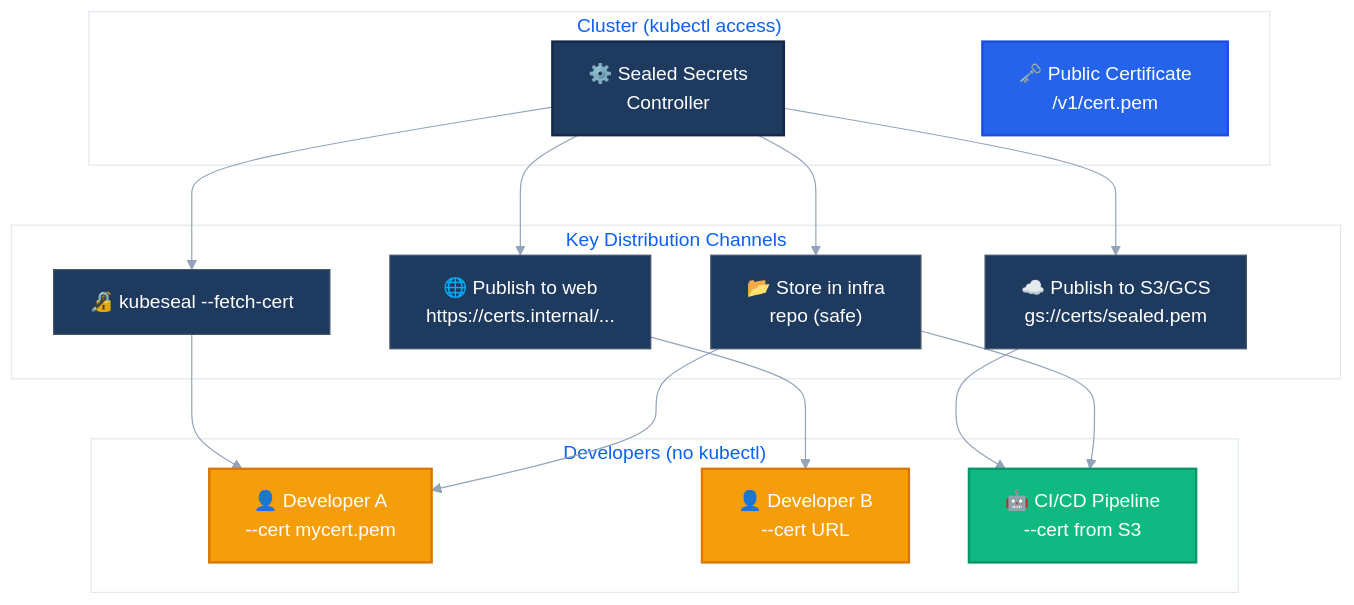
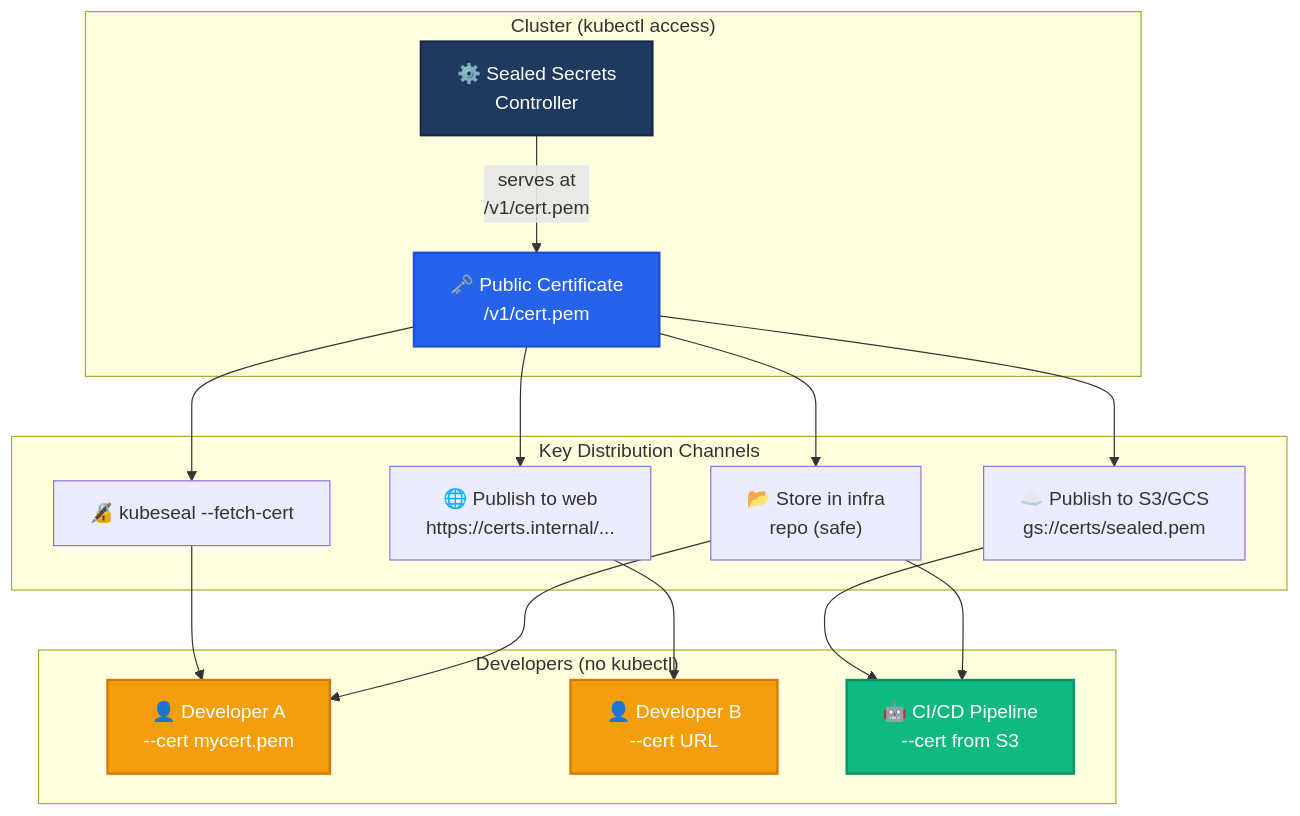
One commit to Orpere/kind changed the fifth of 7 diagrams in secrets-management/sealdsecrets/README.md. Above: the diagram before and after it, drawn with Mermaid. The commit also changed other lines of this file and 7 other files, not shown here.

````diff
--- a/secrets-management/sealdsecrets/README.md
+++ b/secrets-management/sealdsecrets/README.md
@@ -274,42 +343,42 @@
 ```mermaid
-%%{init: {"theme": "base", "themeVariables": {"primaryColor": "#1E3A5F", "primaryTextColor": "#FFFFFF", "primaryBorderColor": "#15294A", "lineColor": "#94A3B8", "secondaryColor": "#2563EB", "tertiaryColor": "#F59E0B", "clusterBkg": "#FFFFFF", "clusterBorder": "#E2E8F0", "nodeBorder": "#475569", "fontFamily": "system-ui, -apple-system, sans-serif"}}}%%
 graph TB
     subgraph "Cluster (kubectl access)"
         CTRL[⚙️ Sealed Secrets<br/>Controller]
         CERT[🗝️ Public Certificate<br/>/v1/cert.pem]
     end
 
     subgraph "Key Distribution Channels"
         FETCH["🔏 kubeseal --fetch-cert"]
         WEB["🌐 Publish to web<br/>https://certs.internal/..."]
         S3["☁️ Publish to S3/GCS<br/>gs://certs/sealed.pem"]
         GIT["📂 Store in infra<br/>repo (safe)"]
     end
 
     subgraph "Developers (no kubectl)"
         DEV1[👤 Developer A<br/>--cert mycert.pem]
         DEV2[👤 Developer B<br/>--cert URL]
         CI[🤖 CI/CD Pipeline<br/>--cert from S3]
     end
 
-    CTRL --> FETCH
-    CTRL --> WEB
-    CTRL --> S3
-    CTRL --> GIT
+    CTRL -->|"serves at<br/>/v1/cert.pem"| CERT
+    CERT --> FETCH
+    CERT --> WEB
+    CERT --> S3
+    CERT --> GIT
 
     FETCH --> DEV1
     WEB --> DEV2
     S3 --> CI
     GIT --> DEV1
     GIT --> CI
 
     classDef primary fill:#1E3A5F,color:#FFFFFF,stroke:#15294A,stroke-width:2px
     classDef secondary fill:#2563EB,color:#FFFFFF,stroke:#1D4ED8,stroke-width:2px
     classDef accent fill:#F59E0B,color:#FFFFFF,stroke:#D97706,stroke-width:2px
     classDef success fill:#10B981,color:#FFFFFF,stroke:#059669,stroke-width:2px
 
     class CTRL primary
     class CERT secondary
     class DEV1,DEV2 accent
     class CI success
 ```
````
